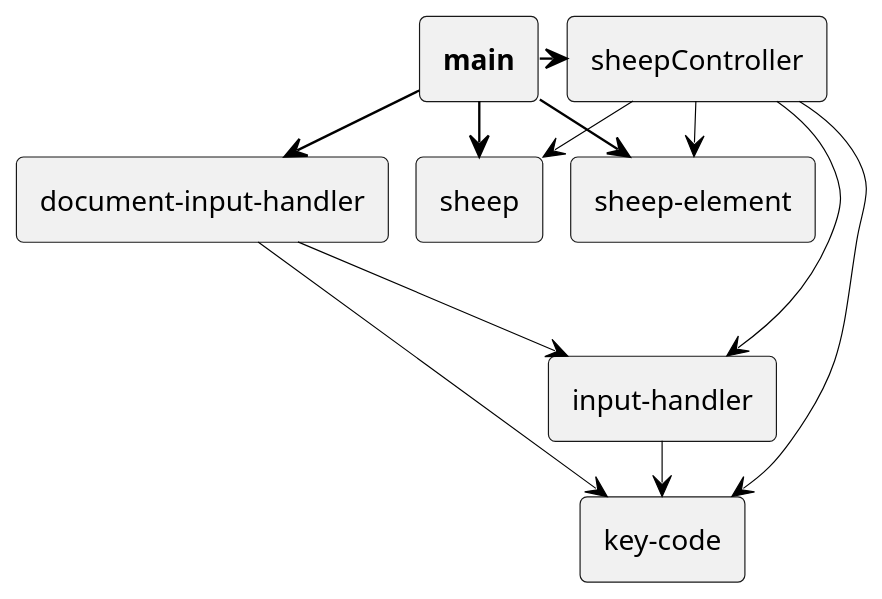
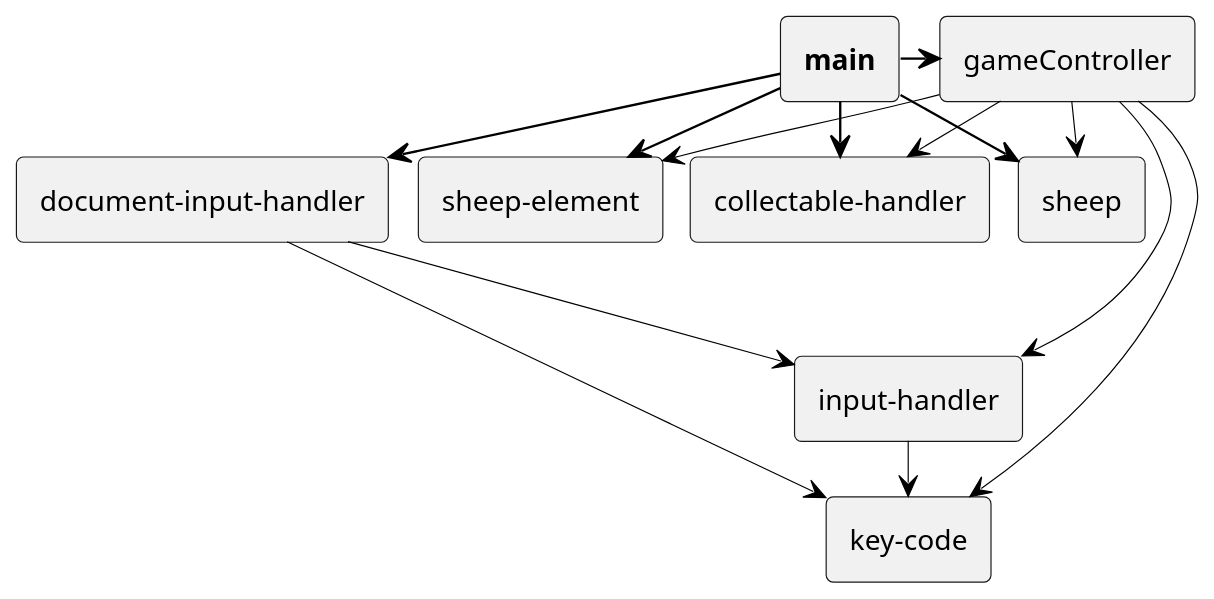
One commit to scipper/das-kleine-schaf changed the diagram in architecture/arkit.puml. Above: the diagram before and after it, drawn with PlantUML. The commit also changed 8 other files, not shown here.

```diff
--- a/architecture/arkit.puml
+++ b/architecture/arkit.puml
@@ -1,55 +1,58 @@
 @startuml
 
 scale max 1920 width
 top to bottom direction
 
 skinparam nodesep 12
 skinparam ranksep 24
 skinparam monochrome true
 skinparam shadowing false
 skinparam defaultFontName Tahoma
 skinparam defaultFontSize 12
 skinparam roundCorner 6
 skinparam dpi 150
 skinparam arrowColor black
 skinparam arrowThickness 0.5
 skinparam packageTitleAlignment left
 
 ' oval
 skinparam usecase {
   borderThickness 0.5
 }
 
 ' rectangle
 skinparam rectangle {
   borderThickness 0.5
 }
 
 ' component
 skinparam component {
   borderThickness 1
 }
 
 
+rectangle "collectable-handler" as _collectable_handler
 rectangle "document-input-handler" as _document_input_handler
+rectangle "gameController" as _gameController
 rectangle "input-handler" as _input_handler
 rectangle "key-code" as _key_code
 rectangle "<b>main</b>" as _main
 rectangle "sheep" as _sheep
 rectangle "sheep-element" as _sheep_element
-rectangle "sheepController" as _sheepController
 
 
 _document_input_handler ---> _input_handler
 _document_input_handler ---> _key_code
+_gameController --> _collectable_handler
+_gameController --> _input_handler
+_gameController --> _key_code
+_gameController --> _sheep
+_gameController --> _sheep_element
 _input_handler --> _key_code
+_main --[thickness=1]> _collectable_handler
 _main --[thickness=1]> _document_input_handler
+_main -[thickness=1]> _gameController
 _main -[thickness=1]> _sheep
 _main --[thickness=1]> _sheep_element
-_main -[thickness=1]> _sheepController
-_sheepController --> _input_handler
-_sheepController --> _key_code
-_sheepController --> _sheep
-_sheepController --> _sheep_element
 
 @enduml
```
